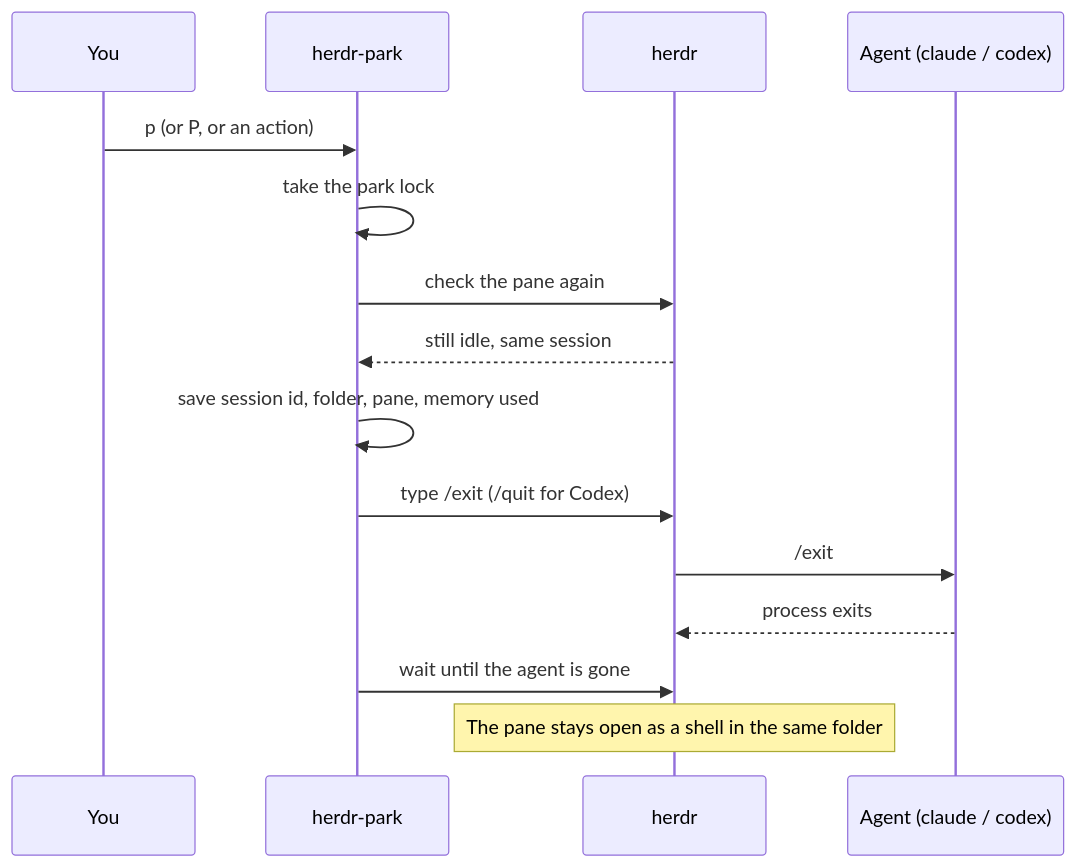
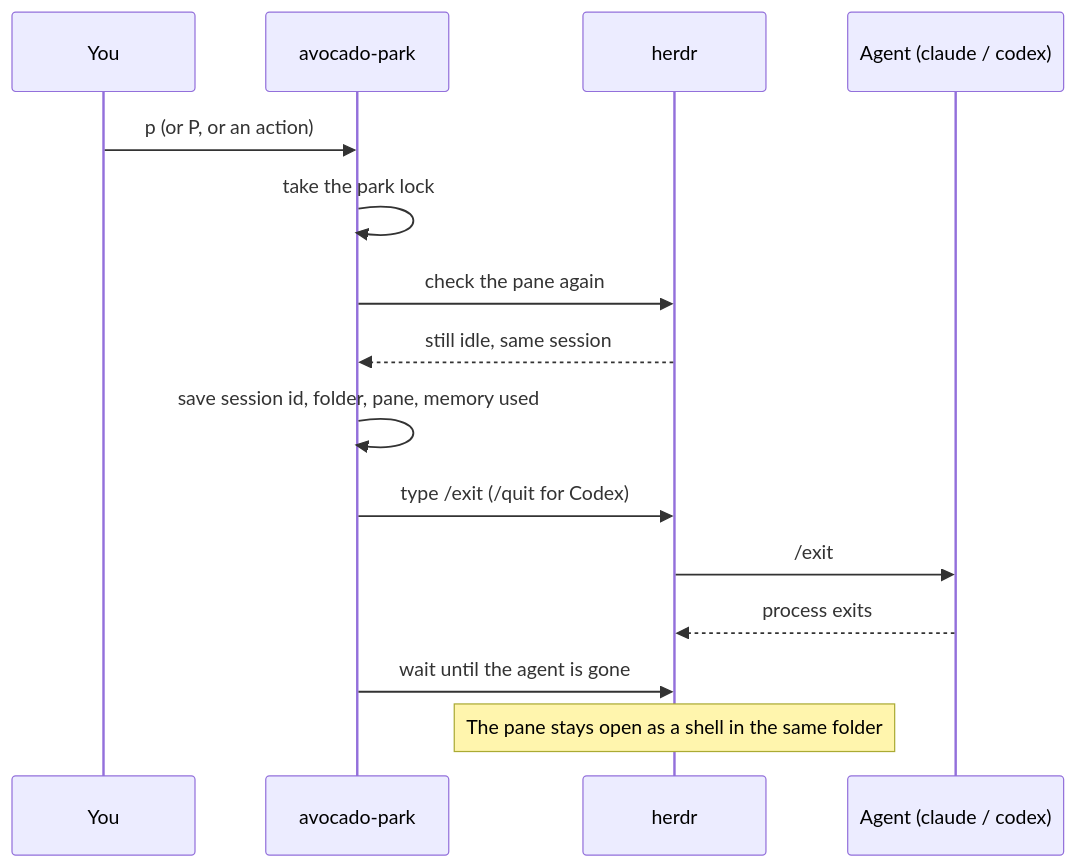
Before and after one commit to andymartinezot/avocado-park: the first of 2 diagrams in README.md, drawn with Mermaid. The commit also changed other lines of this file and 25 other files, not shown here.

First line of the commit message:
Rename to avocado-park

````diff
--- a/README.md
+++ b/README.md
@@ -149,17 +149,17 @@
 ```mermaid
 sequenceDiagram
     participant U as You
-    participant P as herdr-park
+    participant P as avocado-park
     participant H as herdr
     participant A as Agent (claude / codex)
     U->>P: p (or P, or an action)
     P->>P: take the park lock
     P->>H: check the pane again
     H-->>P: still idle, same session
     P->>P: save session id, folder, pane, memory used
     P->>H: type /exit (/quit for Codex)
     H->>A: /exit
     A-->>H: process exits
     P->>H: wait until the agent is gone
     Note over H: The pane stays open as a shell in the same folder
 ```
````
